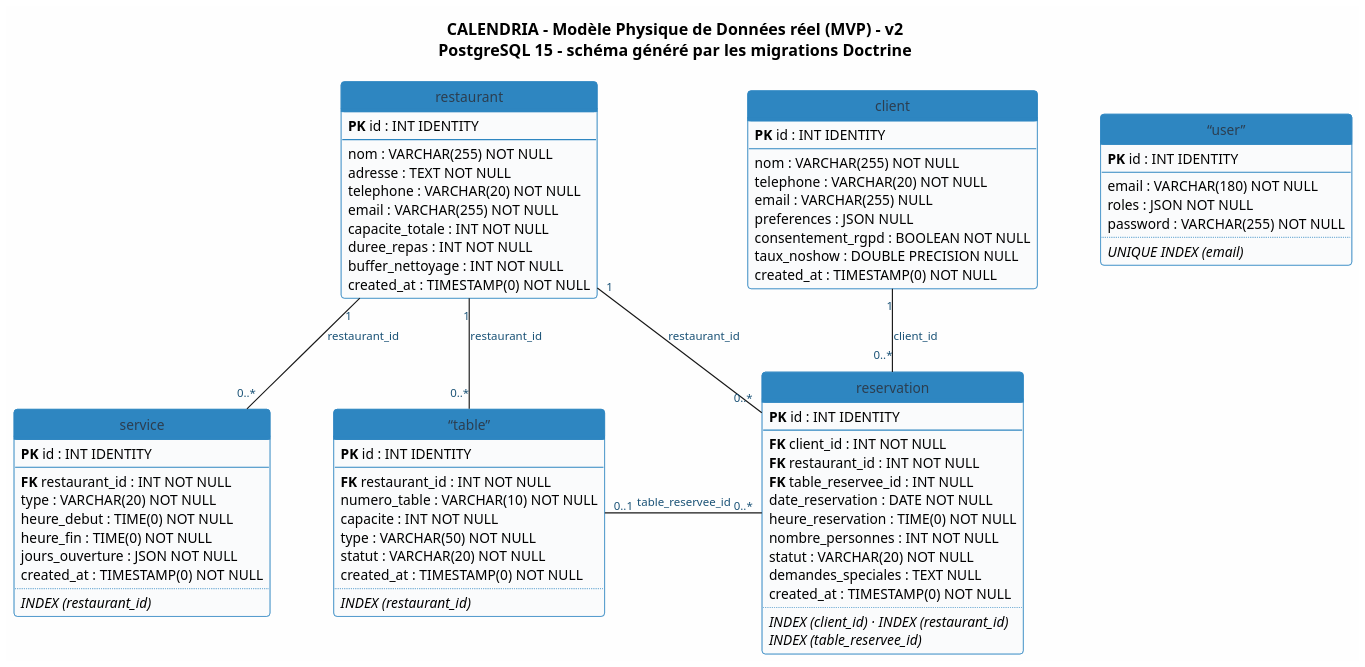
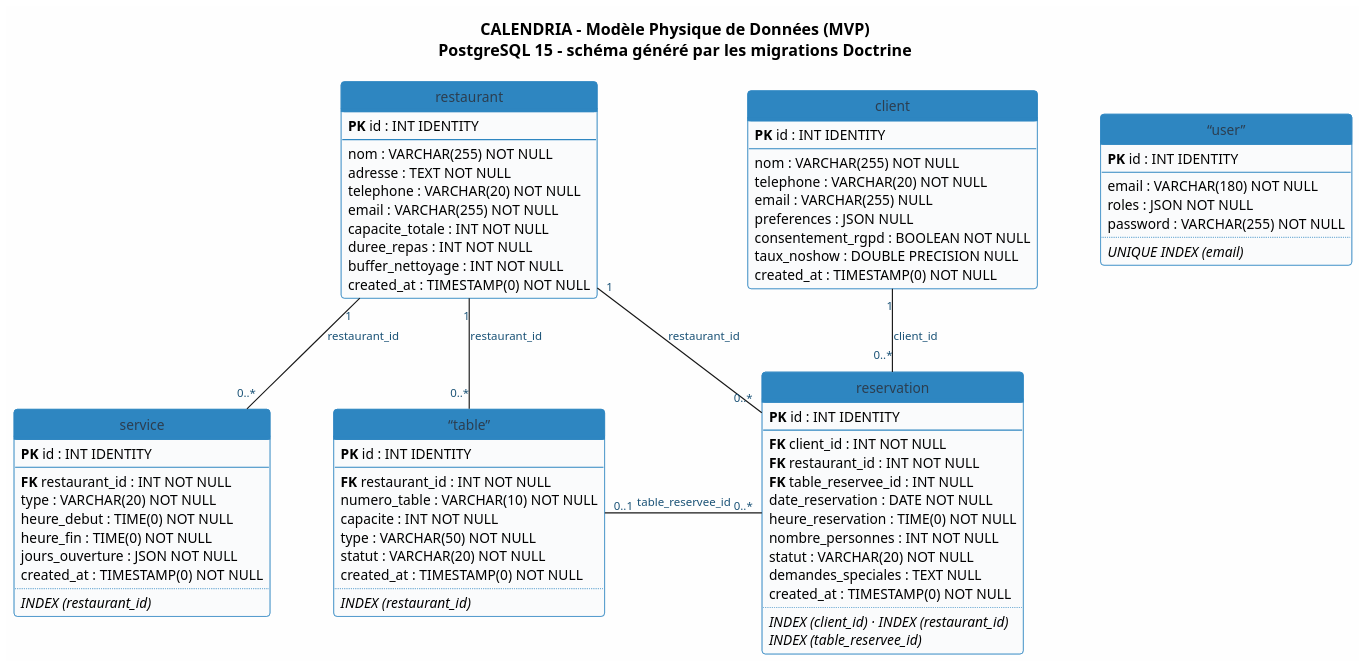
The diagram in documentation/Jalon3/MPD_v2_reel.puml (SafiBougherara/projet_fin_annee), drawn with PlantUML before and after one commit. The commit also changed 7 other files, not shown here.

```diff
--- a/documentation/Jalon3/MPD_v2_reel.puml
+++ b/documentation/Jalon3/MPD_v2_reel.puml
@@ -1,118 +1,118 @@
 @startuml MPD_CALENDRIA_v2_reel
 ' =====================================================================
 '  CALENDRIA - Modele Physique de Donnees REEL (MVP livre) - version 2
 '
 '  Releve a partir des 3 migrations Doctrine (backend/migrations/) :
 '  c'est exactement le schema qui tourne en production.
 '  La v1 du dossier decrivait la cible physique (CHECK, index metier,
 '  ON DELETE CASCADE / SET NULL) : ces elements ne sont pas implementes.
 ' =====================================================================
-title **CALENDRIA – Modèle Physique de Données réel (MVP) – v2**\nPostgreSQL 15 – schéma généré par les migrations Doctrine
+title **CALENDRIA – Modèle Physique de Données (MVP)**\nPostgreSQL 15 – schéma généré par les migrations Doctrine
 
 skinparam backgroundColor #FEFEFE
 skinparam defaultFontName "JetBrains Mono"
 skinparam defaultFontSize 13
 skinparam roundCorner 6
 skinparam dpi 180
 skinparam nodesep 55
 skinparam ranksep 50
 skinparam ArrowFontSize 10
 skinparam ArrowFontColor #1A5276
 hide circle
 hide methods
 
 skinparam class {
     BackgroundColor #FAFBFC
     BorderColor #2E86C1
     HeaderBackgroundColor #2E86C1
     HeaderFontColor White
     FontColor #2C3E50
     AttributeFontSize 12
 }
 
 class "restaurant" as restaurant {
     <b>PK</b> id : INT IDENTITY
     --
     nom : VARCHAR(255) NOT NULL
     adresse : TEXT NOT NULL
     telephone : VARCHAR(20) NOT NULL
     email : VARCHAR(255) NOT NULL
     capacite_totale : INT NOT NULL
     duree_repas : INT NOT NULL
     buffer_nettoyage : INT NOT NULL
     created_at : TIMESTAMP(0) NOT NULL
 }
 
 class "“user”" as user {
     <b>PK</b> id : INT IDENTITY
     --
     email : VARCHAR(180) NOT NULL
     roles : JSON NOT NULL
     password : VARCHAR(255) NOT NULL
     ..
     <i>UNIQUE INDEX (email)</i>
 }
 
 class "“table”" as table_rest {
     <b>PK</b> id : INT IDENTITY
     --
     <b>FK</b> restaurant_id : INT NOT NULL
     numero_table : VARCHAR(10) NOT NULL
     capacite : INT NOT NULL
     type : VARCHAR(50) NOT NULL
     statut : VARCHAR(20) NOT NULL
     created_at : TIMESTAMP(0) NOT NULL
     ..
     <i>INDEX (restaurant_id)</i>
 }
 
 class "service" as service {
     <b>PK</b> id : INT IDENTITY
     --
     <b>FK</b> restaurant_id : INT NOT NULL
     type : VARCHAR(20) NOT NULL
     heure_debut : TIME(0) NOT NULL
     heure_fin : TIME(0) NOT NULL
     jours_ouverture : JSON NOT NULL
     created_at : TIMESTAMP(0) NOT NULL
     ..
     <i>INDEX (restaurant_id)</i>
 }
 
 class "client" as client {
     <b>PK</b> id : INT IDENTITY
     --
     nom : VARCHAR(255) NOT NULL
     telephone : VARCHAR(20) NOT NULL
     email : VARCHAR(255) NULL
     preferences : JSON NULL
     consentement_rgpd : BOOLEAN NOT NULL
     taux_noshow : DOUBLE PRECISION NULL
     created_at : TIMESTAMP(0) NOT NULL
 }
 
 class "reservation" as reservation {
     <b>PK</b> id : INT IDENTITY
     --
     <b>FK</b> client_id : INT NOT NULL
     <b>FK</b> restaurant_id : INT NOT NULL
     <b>FK</b> table_reservee_id : INT NULL
     date_reservation : DATE NOT NULL
     heure_reservation : TIME(0) NOT NULL
     nombre_personnes : INT NOT NULL
     statut : VARCHAR(20) NOT NULL
     demandes_speciales : TEXT NULL
     created_at : TIMESTAMP(0) NOT NULL
     ..
     <i>INDEX (client_id) · INDEX (restaurant_id)</i>
     <i>INDEX (table_reservee_id)</i>
 }
 
 restaurant "1" -- "0..*" table_rest : restaurant_id
 restaurant "1" -- "0..*" service : restaurant_id
 restaurant "1" -- "0..*" reservation : restaurant_id
 client "1" -- "0..*" reservation : client_id
 table_rest "0..1" - "0..*" reservation : table_reservee_id
 
 ' Legende : reprise dans la slide de soutenance, a cote du diagramme.
 @enduml
```
